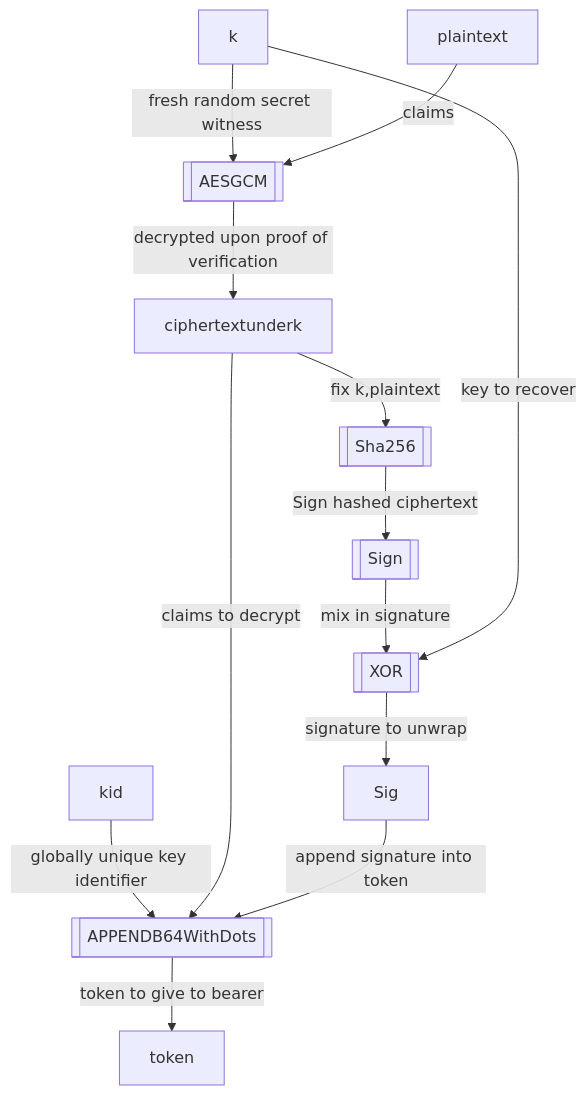
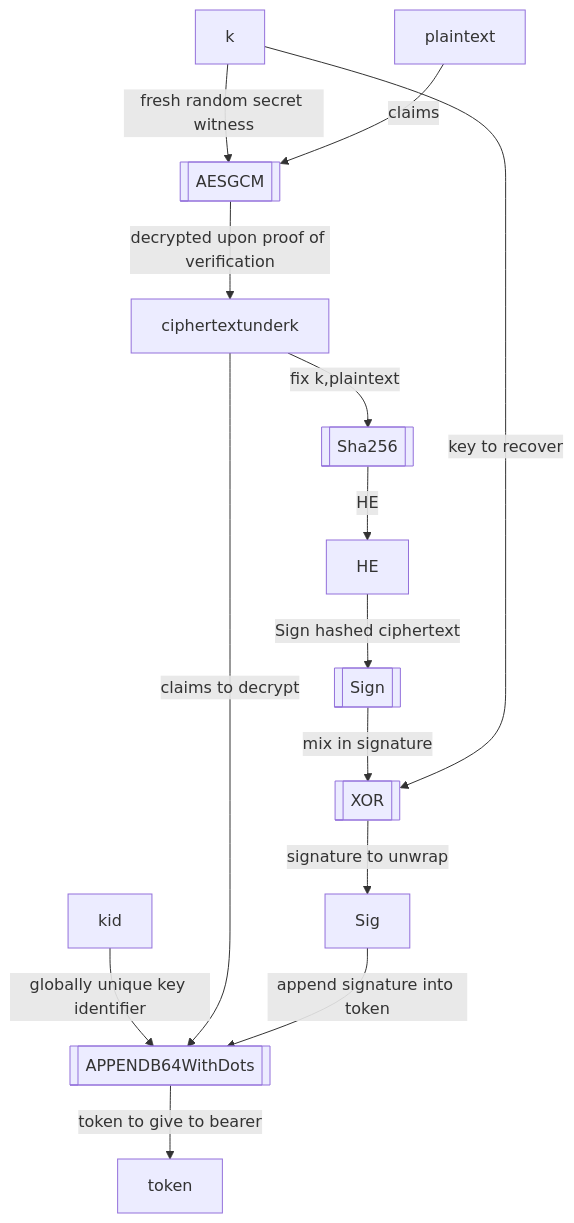
One commit to rfielding/whiskeyTango changed the second of 2 diagrams in README.md. Above: the diagram before and after it, drawn with Mermaid.

Commit message:
update diagram

````diff
--- a/README.md
+++ b/README.md
@@ -94,20 +94,21 @@
 ```mermaid
 flowchart TB
   AESGCM[[AESGCM]]
   APPENDB64WithDots[[APPENDB64WithDots]]
   k-- fresh random secret witness -->AESGCM
   plaintext-- claims -->AESGCM
   AESGCM-- decrypted upon proof of verification -->ciphertextunderk
   kid-- globally unique key identifier -->APPENDB64WithDots
   ciphertextunderk-- claims to decrypt -->APPENDB64WithDots
   APPENDB64WithDots-- token to give to bearer -->token
   Sha256[[Sha256]]
   ciphertextunderk-- fix k,plaintext -->Sha256
   XOR[[XOR]]
   Sign[[Sign]]
-  Sha256-- Sign hashed ciphertext  -->Sign
+  Sha256-- HE -->HE
+  HE-- Sign hashed ciphertext  -->Sign
   Sign-- mix in signature -->XOR
   k-- key to recover -->XOR
   XOR-- signature to unwrap -->Sig
   Sig-- append signature into token -->APPENDB64WithDots
 ```
````
